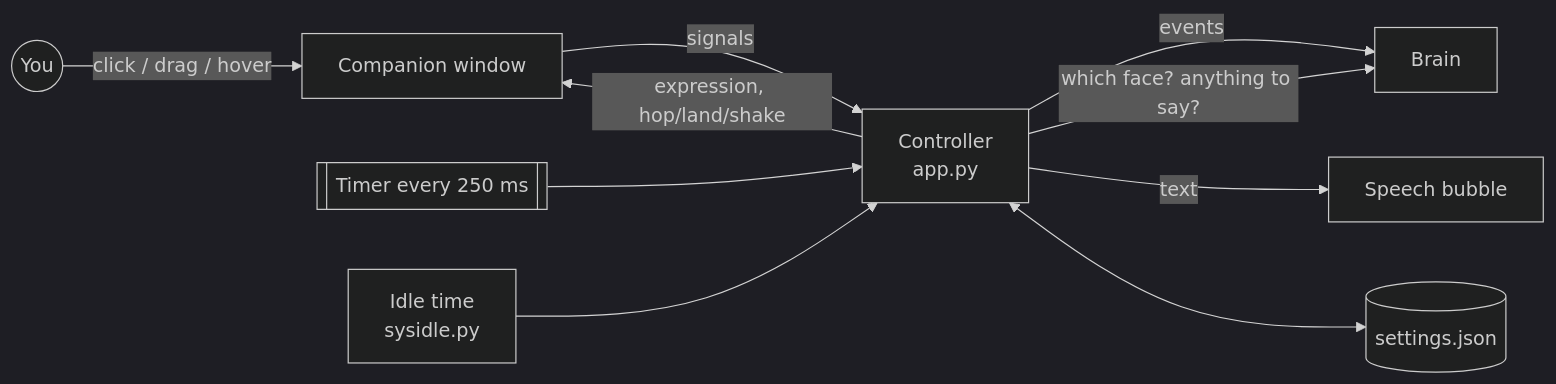
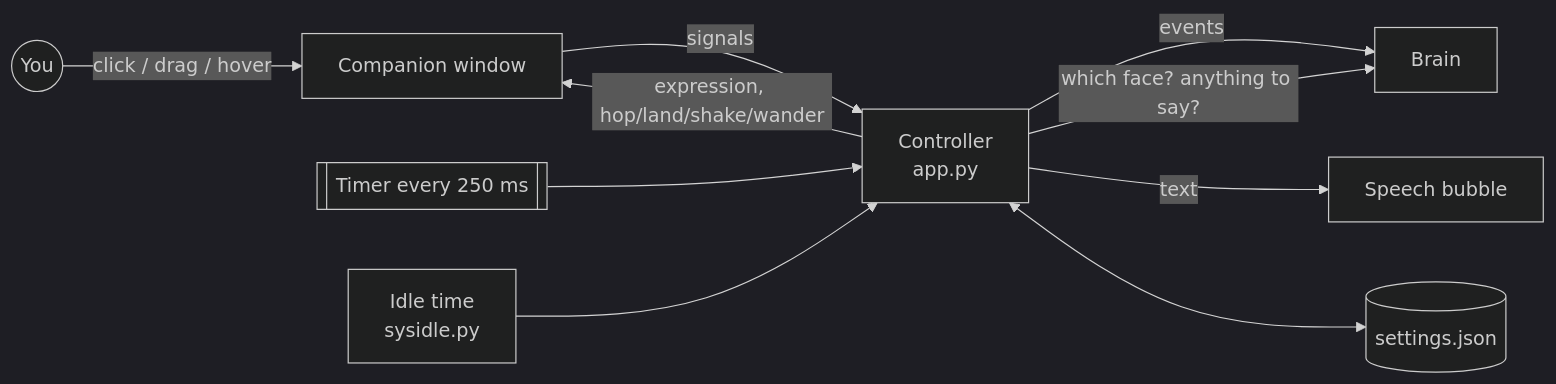
Before and after one commit to MuizKmz/deskmate: the diagram in TUTORIAL.md, drawn with Mermaid (dark theme). The commit also changed other lines of this file and 19 other files, not shown here.

````diff
--- a/TUTORIAL.md
+++ b/TUTORIAL.md
@@ -35,12 +36,12 @@
 ```mermaid
 flowchart LR
     U((You)) -- click / drag / hover --> C[Companion window]
     C -- signals --> A[Controller<br/>app.py]
     A -- events --> B[Brain]
     T[[Timer every 250 ms]] --> A
     I[Idle time<br/>sysidle.py] --> A
     A -- "which face? anything to say?" --> B
-    A -- expression, hop/land/shake --> C
+    A -- expression, hop/land/shake/wander --> C
     A -- text --> S[Speech bubble]
     A <--> F[(settings.json)]
 ```
````
